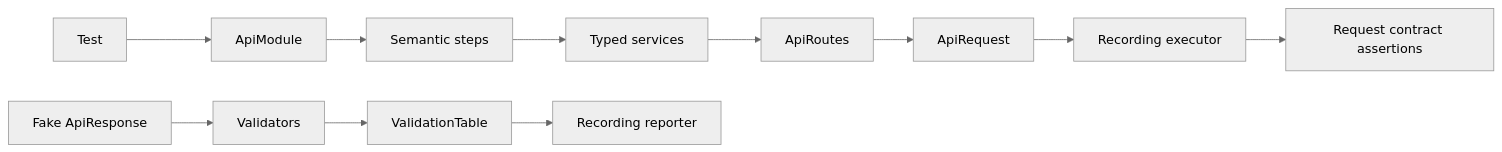
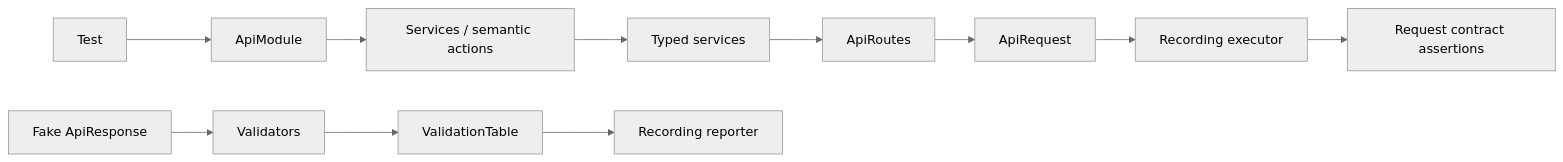
One commit to crististefanita/CS1 changed the first of 2 diagrams in Atf.Tests/Atf.Common.Tests/README.md. Above: the diagram before and after it, drawn with Mermaid (neutral theme). The commit also changed other lines of this file and 210 other files, not shown here.

````diff
--- a/Atf.Tests/Atf.Common.Tests/README.md
+++ b/Atf.Tests/Atf.Common.Tests/README.md
@@ -10,13 +28,13 @@
 ```mermaid
 flowchart LR
     Test[Test] --> Module[ApiModule]
-    Module --> Steps[Semantic steps]
-    Steps --> Services[Typed services]
+    Module --> Actions[Services / semantic actions]
+    Actions --> Services[Typed services]
     Services --> Routes[ApiRoutes]
     Routes --> Request[ApiRequest]
     Request --> FakeExecutor[Recording executor]
     FakeExecutor --> Assert[Request contract assertions]
     Response[Fake ApiResponse] --> Validator[Validators]
     Validator --> Table[ValidationTable]
     Table --> Reporter[Recording reporter]
 ```
````
